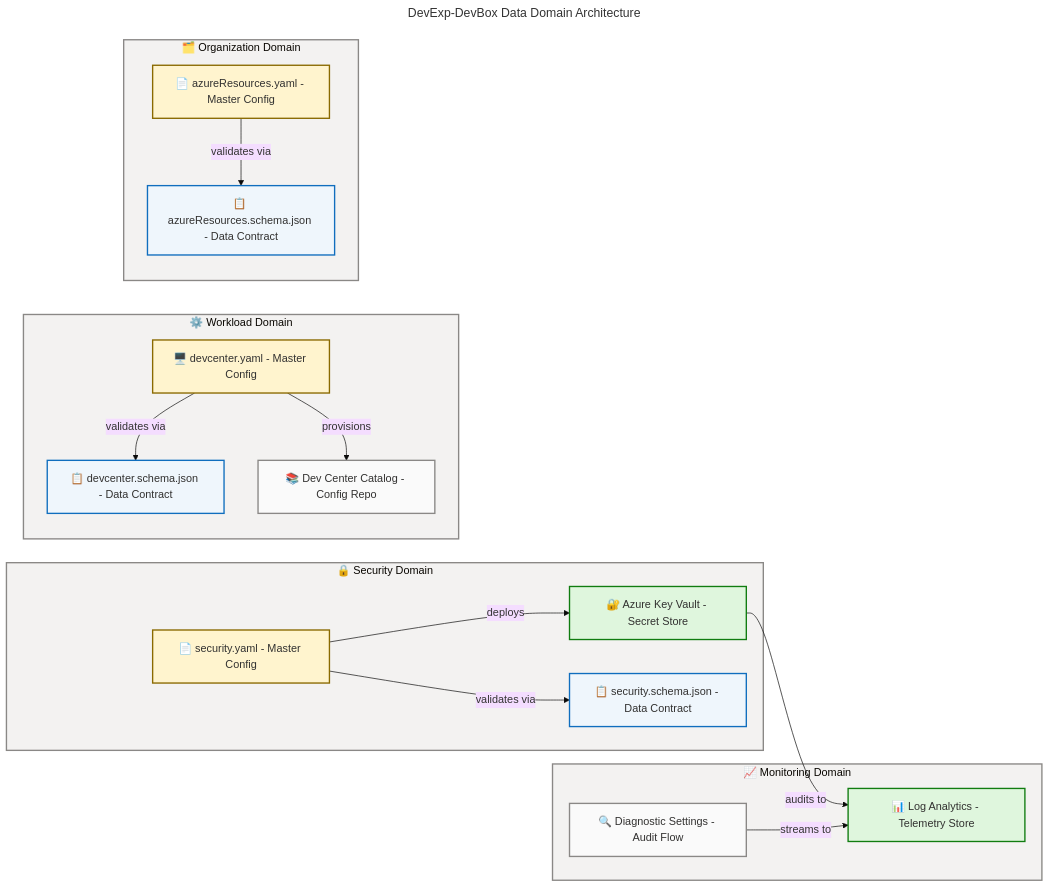
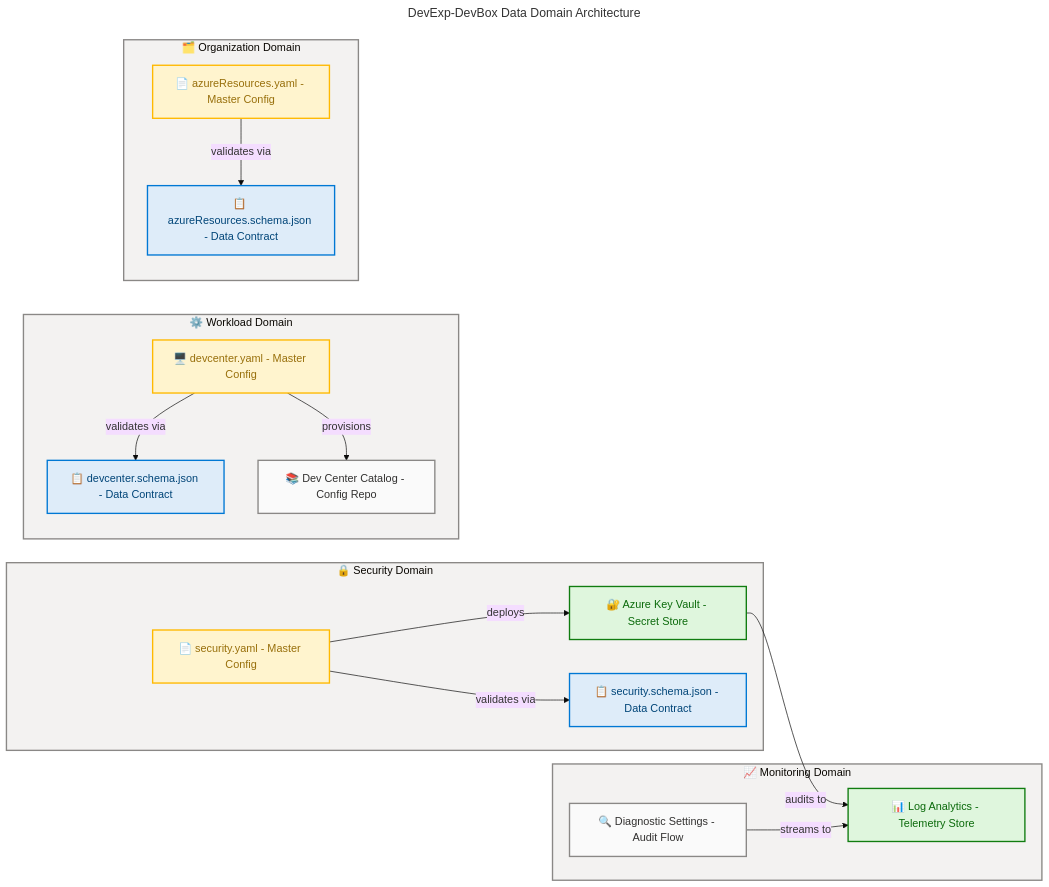
Before and after one commit to Evilazaro/DevExp-DevBox: the first of 3 diagrams in docs/architecture/data-architecture.md, drawn with Mermaid. The commit also changed other lines of this file and 1 other file, not shown here.

Commit message:
style: enable HTML labels in flowcharts and update class definitions for improved clarity

````diff
--- a/docs/architecture/data-architecture.md
+++ b/docs/architecture/data-architecture.md
@@ -214,70 +214,75 @@
 ```mermaid
 ---
 title: DevExp-DevBox Data Domain Architecture
 config:
   theme: base
   look: classic
   layout: dagre
   themeVariables:
     fontSize: '16px'
+  flowchart:
+    htmlLabels: true
 ---
 flowchart LR
     accTitle: DevExp-DevBox Data Domain Architecture
     accDescr: Shows four data domains (Security, Monitoring, Workload, Organization) with their key data assets and inter-domain relationships
 
     %% ═══════════════════════════════════════════════════════════════════════════
     %% AZURE / FLUENT ARCHITECTURE PATTERN v1.1
     %% (Semantic + Structural + Font + Accessibility Governance)
     %% ═══════════════════════════════════════════════════════════════════════════
     %% PHASE 1 - STRUCTURAL: Direction LR, flat topology, nesting = 1
     %% PHASE 2 - SEMANTIC: Colors justified, 4 semantic classes, neutral-first
     %% PHASE 3 - FONT: Dark text on light backgrounds, contrast >= 4.5:1
     %% PHASE 4 - ACCESSIBILITY: accTitle/accDescr present
     %% PHASE 5 - STANDARD: Governance block present, classDefs centralized
     %% ═══════════════════════════════════════════════════════════════════════════
 
     subgraph SEC_DOMAIN["🔒 Security Domain"]
         KV["🔐 Azure Key Vault - Secret Store"]
         SECSCHEMA["📋 security.schema.json - Data Contract"]
         SECYAML["📄 security.yaml - Master Config"]
     end
 
     subgraph MON_DOMAIN["📈 Monitoring Domain"]
         LAW["📊 Log Analytics - Telemetry Store"]
         DIAGSETTINGS["🔍 Diagnostic Settings - Audit Flow"]
     end
 
     subgraph WL_DOMAIN["⚙️ Workload Domain"]
         DEVCENTERCFG["🖥️ devcenter.yaml - Master Config"]
         CATALOG["📚 Dev Center Catalog - Config Repo"]
         DCSCHEMA["📋 devcenter.schema.json - Data Contract"]
     end
 
     subgraph ORG_DOMAIN["🗂️ Organization Domain"]
         RESORG["📄 azureResources.yaml - Master Config"]
         RESORGSCHEMA["📋 azureResources.schema.json - Data Contract"]
     end
 
     SECYAML -->|"validates via"| SECSCHEMA
     DEVCENTERCFG -->|"validates via"| DCSCHEMA
     RESORG -->|"validates via"| RESORGSCHEMA
     SECYAML -->|"deploys"| KV
     KV -->|"audits to"| LAW
     DIAGSETTINGS -->|"streams to"| LAW
     DEVCENTERCFG -->|"provisions"| CATALOG
 
     style SEC_DOMAIN fill:#F3F2F1,stroke:#8A8886,stroke-width:2px
     style MON_DOMAIN fill:#F3F2F1,stroke:#8A8886,stroke-width:2px
     style WL_DOMAIN fill:#F3F2F1,stroke:#8A8886,stroke-width:2px
     style ORG_DOMAIN fill:#F3F2F1,stroke:#8A8886,stroke-width:2px
 
-    classDef store fill:#DFF6DD,stroke:#107C10,stroke-width:2px,color:#323130
-    classDef contract fill:#EFF6FC,stroke:#106EBE,stroke-width:2px,color:#323130
-    classDef config fill:#FFF4CE,stroke:#8A6A00,stroke-width:2px,color:#323130
-    classDef service fill:#FAFAFA,stroke:#8A8886,stroke-width:2px,color:#323130
+    classDef neutral fill:#FAFAFA,stroke:#8A8886,stroke-width:2px,color:#323130
+    classDef core fill:#DEECF9,stroke:#0078D4,stroke-width:2px,color:#004578
+    classDef success fill:#DFF6DD,stroke:#107C10,stroke-width:2px,color:#0B6A0B
+    classDef warning fill:#FFF4CE,stroke:#FFB900,stroke-width:2px,color:#986F0B
+    classDef danger fill:#FDE7E9,stroke:#E81123,stroke-width:2px,color:#A4262C
+    classDef data fill:#C8F0E7,stroke:#2D7D9A,stroke-width:2px,color:#0D3A4F
+    classDef external fill:#F3F2F1,stroke:#605E5C,stroke-width:2px,color:#323130
 
-    class KV,LAW store
-    class SECSCHEMA,DCSCHEMA,RESORGSCHEMA contract
-    class SECYAML,DEVCENTERCFG,RESORG config
-    class DIAGSETTINGS,CATALOG service
+    class KV,LAW success
+    class SECSCHEMA,DCSCHEMA,RESORGSCHEMA core
+    class SECYAML,DEVCENTERCFG,RESORG warning
+    class DIAGSETTINGS,CATALOG neutral
 ```
````
